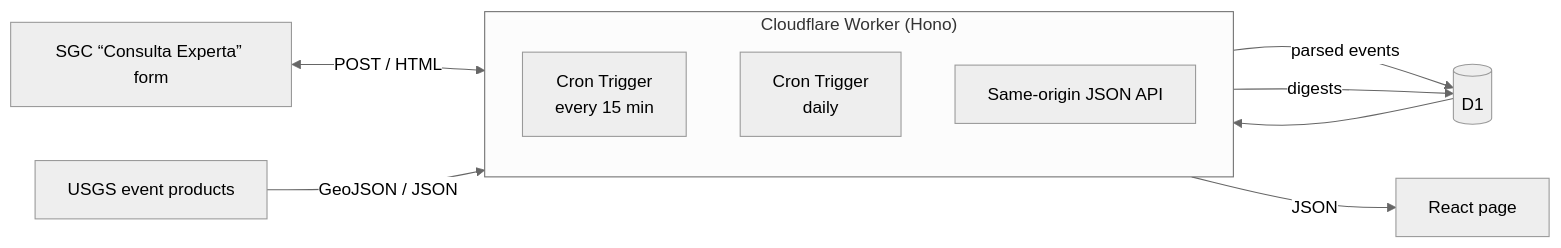
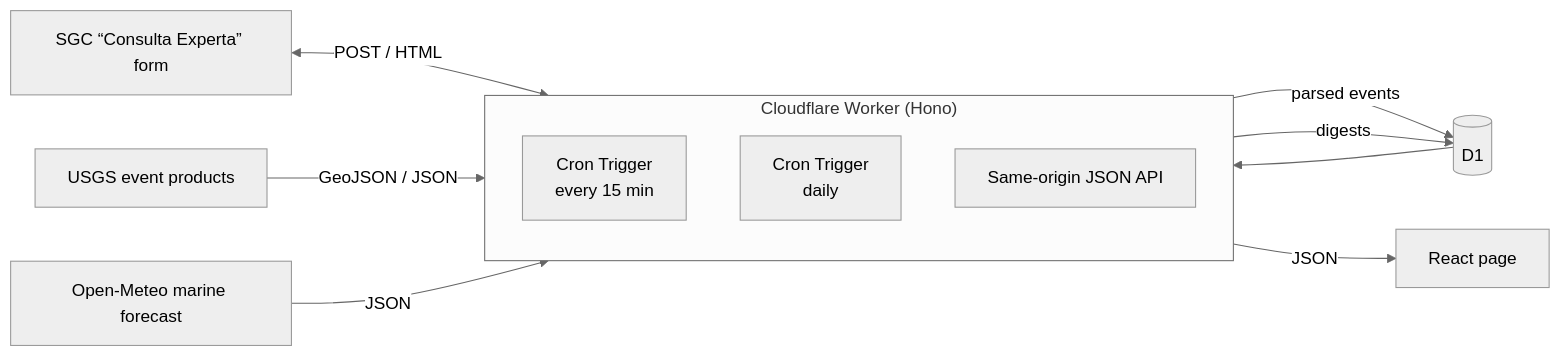
Before and after one commit to m0t0r/bvalue-tracker: the diagram in README.md, drawn with Mermaid (neutral theme). The commit also changed other lines of this file and 24 other files, not shown here.

````diff
--- a/README.md
+++ b/README.md
@@ -47,20 +55,22 @@
 ```mermaid
 flowchart LR
   sgc["SGC “Consulta Experta” form"]
   usgs["USGS event products"]
+  meteo["Open-Meteo marine forecast"]
   d1[("D1")]
   page["React page"]
   subgraph worker["Cloudflare Worker (Hono)"]
     direction TB
     cron["Cron Trigger<br/>every 15 min"]
     daily["Cron Trigger<br/>daily"]
     api["Same-origin JSON API"]
   end
 
   sgc <-- "POST / HTML" --> cron
   cron -- "parsed events" --> d1
   usgs -- "GeoJSON / JSON" --> daily
+  meteo -- "JSON" --> daily
   daily -- "digests" --> d1
   d1 --> api
   api -- JSON --> page
 ```
````
